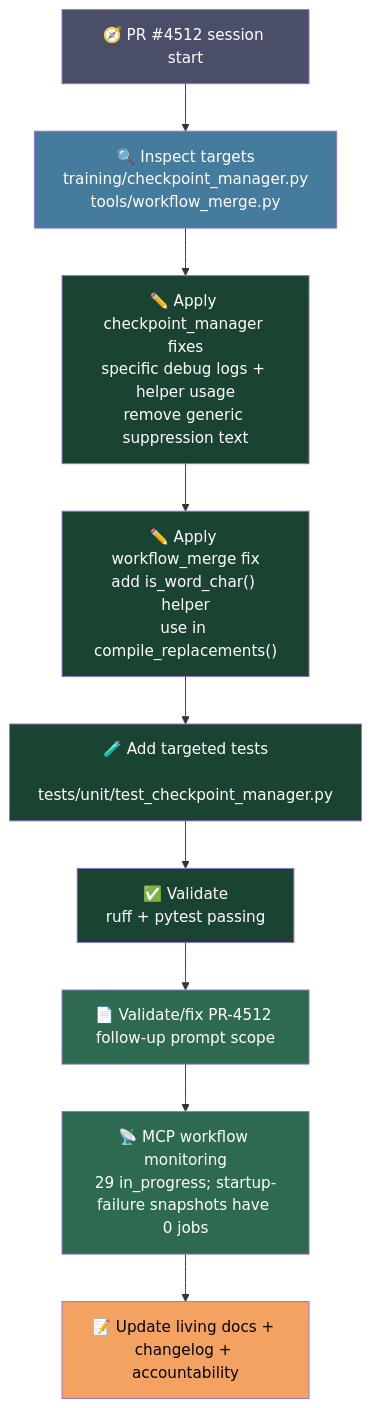
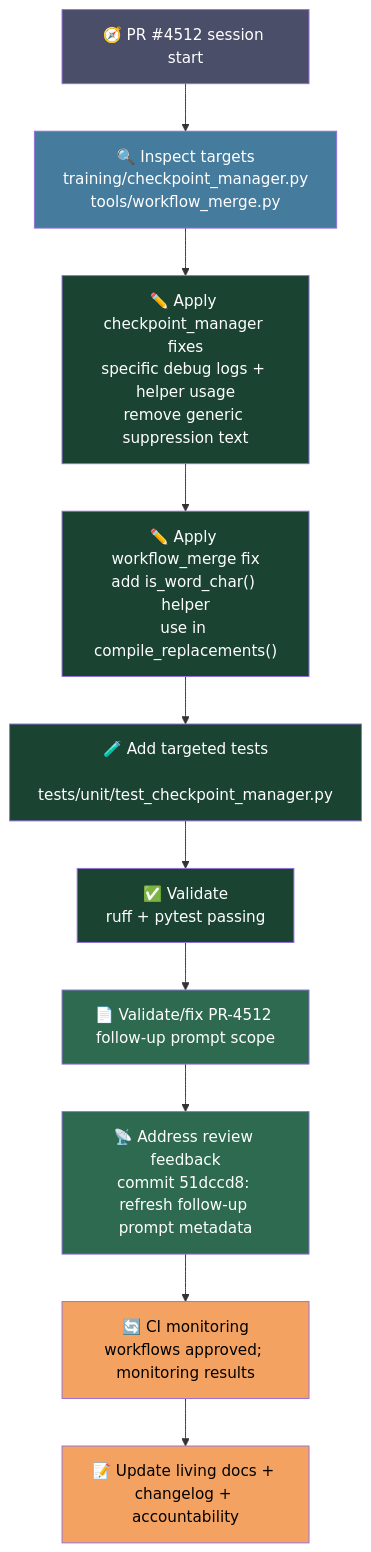
One commit to Aries-Serpent/_codex_ changed the diagram in docs/roadmap/PR4512_session_diagram.mmd. Above: the diagram before and after it, drawn with Mermaid. The commit also changed 3 other files, not shown here.

Commit message:
docs: update living docs for S1075 review feedback session

```diff
--- a/docs/roadmap/PR4512_session_diagram.mmd
+++ b/docs/roadmap/PR4512_session_diagram.mmd
@@ -1,19 +1,21 @@
 flowchart TD
     A["🧭 PR #4512 session start"] --> B["🔍 Inspect targets\ntraining/checkpoint_manager.py\ntools/workflow_merge.py"]
     B --> C["✏️ Apply checkpoint_manager fixes\nspecific debug logs + helper usage\nremove generic suppression text"]
     C --> D["✏️ Apply workflow_merge fix\nadd is_word_char() helper\nuse in compile_replacements()"]
     D --> E["🧪 Add targeted tests\n tests/unit/test_checkpoint_manager.py"]
     E --> F["✅ Validate\nruff + pytest passing"]
     F --> G["📄 Validate/fix PR-4512 follow-up prompt scope"]
-    G --> H["📡 MCP workflow monitoring\n29 in_progress; startup-failure snapshots have 0 jobs"]
-    H --> I["📝 Update living docs + changelog + accountability"]
+    G --> H["📡 Address review feedback\ncommit 51dccd8: refresh follow-up prompt metadata"]
+    H --> I["🔄 CI monitoring\nworkflows approved; monitoring results"]
+    I --> J["📝 Update living docs + changelog + accountability"]
 
     style A fill:#4a4e69,color:#fff
     style B fill:#457b9d,color:#fff
     style C fill:#1b4332,color:#fff
     style D fill:#1b4332,color:#fff
     style E fill:#1b4332,color:#fff
     style F fill:#1b4332,color:#fff
     style G fill:#2d6a4f,color:#fff
     style H fill:#2d6a4f,color:#fff
     style I fill:#f4a261,color:#000
+    style J fill:#f4a261,color:#000
```
